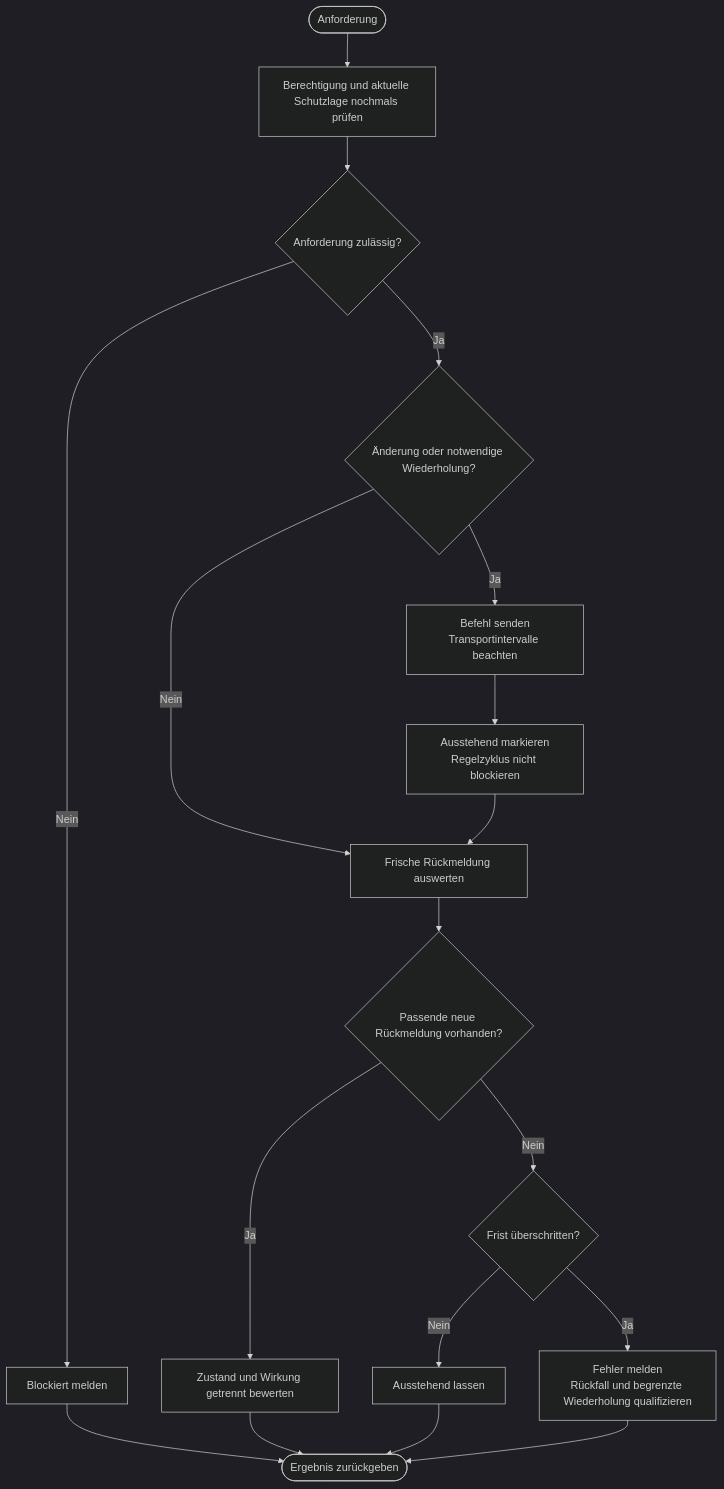
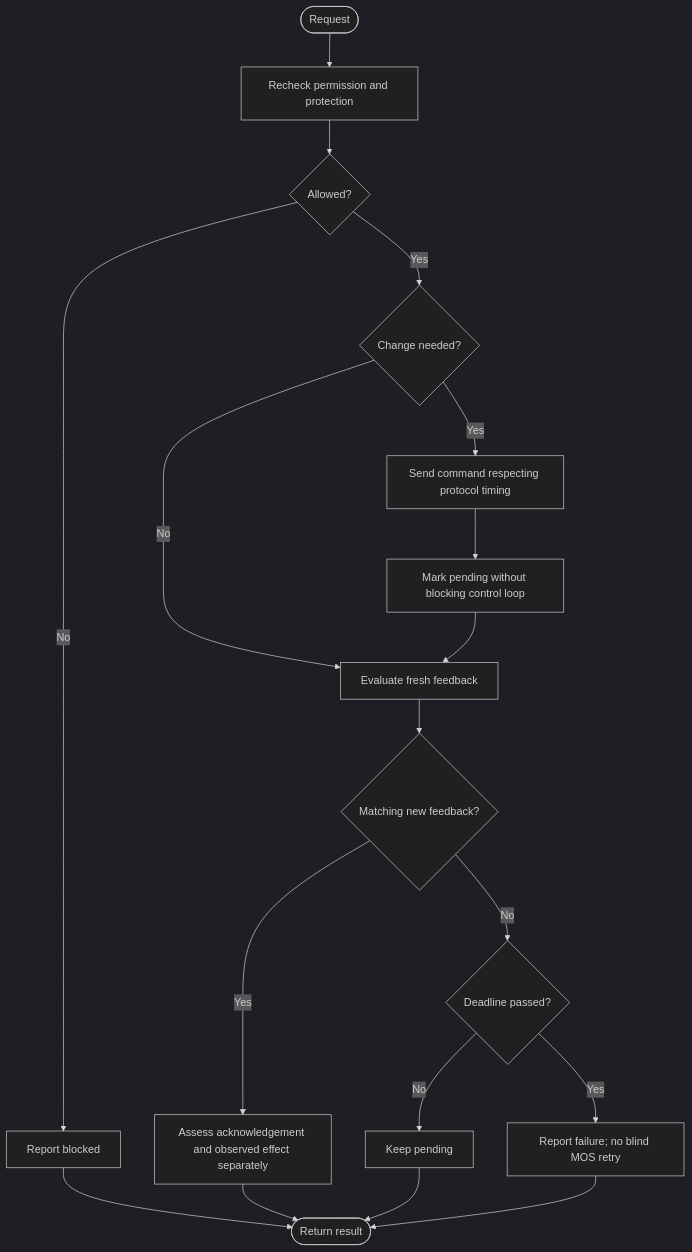
Before and after one commit to vitalyruhl/SolarBatteryTelemetry: the diagram in docs/regelungsplannung/08-senden-ruecklesen.md, drawn with Mermaid (dark theme). The commit also changed other lines of this file and 13 other files, not shown here.

````diff
--- a/docs/regelungsplannung/08-senden-ruecklesen.md
+++ b/docs/regelungsplannung/08-senden-ruecklesen.md
@@ -16,20 +18,20 @@
 ```mermaid
 flowchart TD
-    A([Anforderung]) --> B[Berechtigung und aktuelle Schutzlage nochmals prüfen]
-    B --> C{Anforderung zulässig?}
-    C -- Nein --> D[Blockiert melden]
-    C -- Ja --> E{Änderung oder notwendige Wiederholung?}
-    E -- Nein --> F[Frische Rückmeldung auswerten]
-    E -- Ja --> G[Befehl senden<br/>Transportintervalle beachten]
-    G --> H[Ausstehend markieren<br/>Regelzyklus nicht blockieren]
-    H --> F
-    F --> I{Passende neue Rückmeldung vorhanden?}
-    I -- Ja --> J[Zustand und Wirkung getrennt bewerten]
-    I -- Nein --> K{Frist überschritten?}
-    K -- Nein --> L[Ausstehend lassen]
-    K -- Ja --> M[Fehler melden<br/>Rückfall und begrenzte Wiederholung qualifizieren]
-    D --> N([Ergebnis zurückgeben])
-    J --> N
-    L --> N
-    M --> N
+ A([Request]) --> B[Recheck permission and protection]
+ B --> C{Allowed?}
+ C -- No --> D[Report blocked]
+ C -- Yes --> E{Change needed?}
+ E -- No --> F[Evaluate fresh feedback]
+ E -- Yes --> G[Send command respecting protocol timing]
+ G --> H[Mark pending without blocking control loop]
+ H --> F
+ F --> I{Matching new feedback?}
+ I -- Yes --> J[Assess acknowledgement and observed effect separately]
+ I -- No --> K{Deadline passed?}
+ K -- No --> L[Keep pending]
+ K -- Yes --> M[Report failure; no blind MOS retry]
+ D --> N([Return result])
+ J --> N
+ L --> N
+ M --> N
 ```
````
